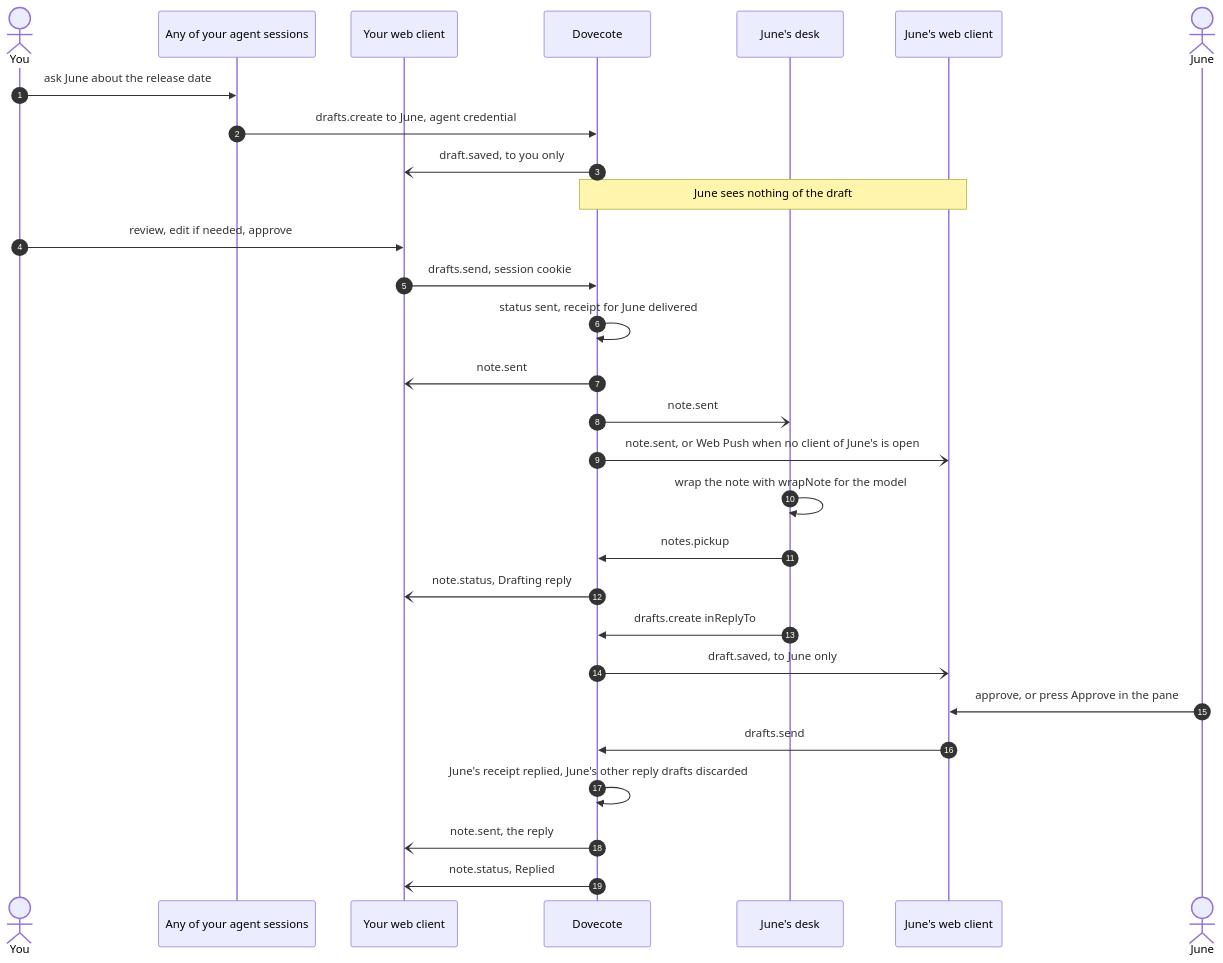
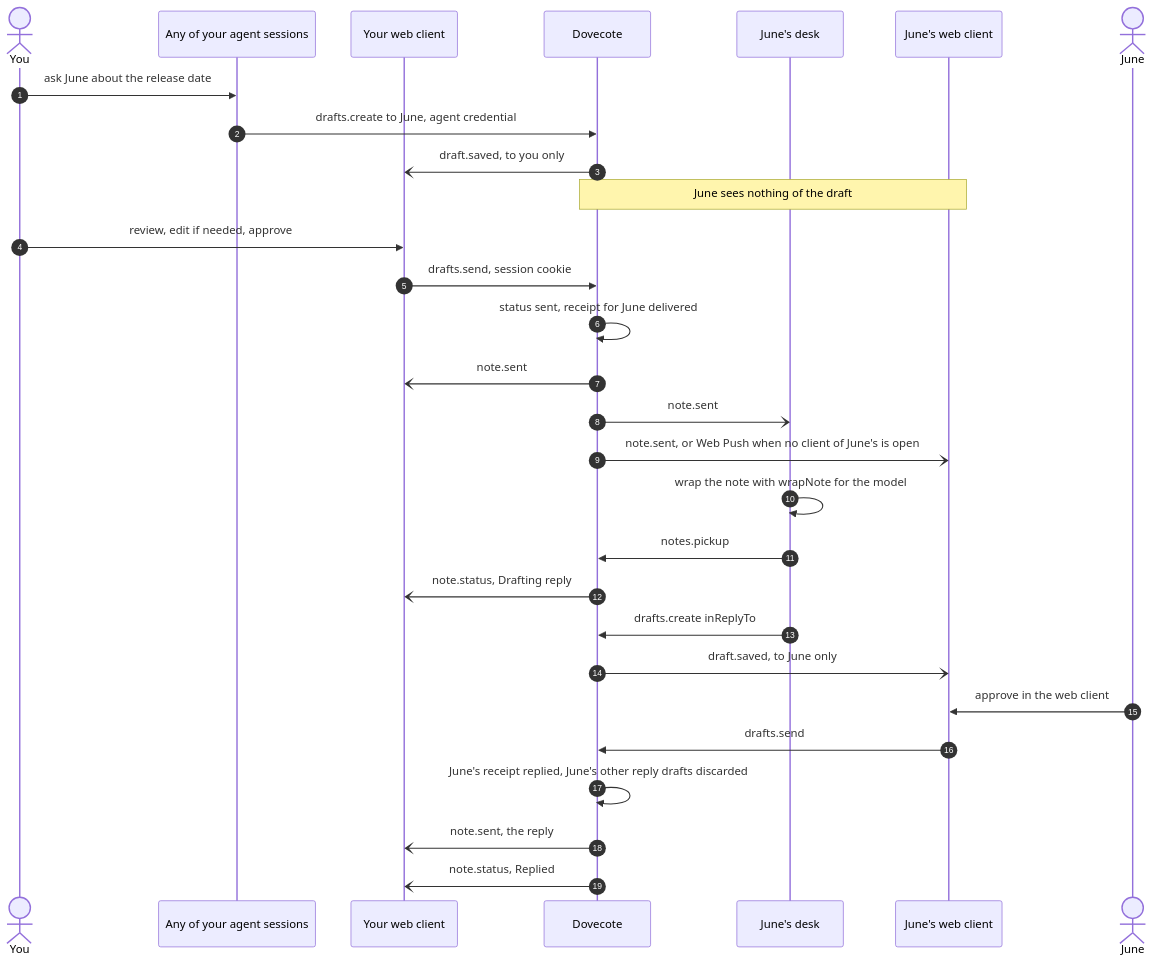
The third of 10 diagrams in docs/architecture.md (let-sunny/homingbird), drawn with Mermaid before and after one commit. The commit also changed other lines of this file and 8 other files, not shown here.

First line of the commit message:
docs(repo): describe approval in the web client, channels and the runner

````diff
--- a/docs/architecture.md
+++ b/docs/architecture.md
@@ -146,31 +140,31 @@
 ```mermaid
 sequenceDiagram
   autonumber
   actor H as You
   participant A as Any of your agent sessions
   participant W as Your web client
   participant S as Dovecote
   participant JD as June's desk
   participant JW as June's web client
   actor J as June
   H->>A: ask June about the release date
   A->>S: drafts.create to June, agent credential
   S-)W: draft.saved, to you only
   Note over S,JW: June sees nothing of the draft
   H->>W: review, edit if needed, approve
   W->>S: drafts.send, session cookie
   S->>S: status sent, receipt for June delivered
   S-)W: note.sent
   S-)JD: note.sent
   S-)JW: note.sent, or Web Push when no client of June's is open
   JD->>JD: wrap the note with wrapNote for the model
   JD->>S: notes.pickup
   S-)W: note.status, Drafting reply
   JD->>S: drafts.create inReplyTo
   S-)JW: draft.saved, to June only
-  J->>JW: approve, or press Approve in the pane
+  J->>JW: approve in the web client
   JW->>S: drafts.send
   S->>S: June's receipt replied, June's other reply drafts discarded
   S-)W: note.sent, the reply
   S-)W: note.status, Replied
 ```
````
